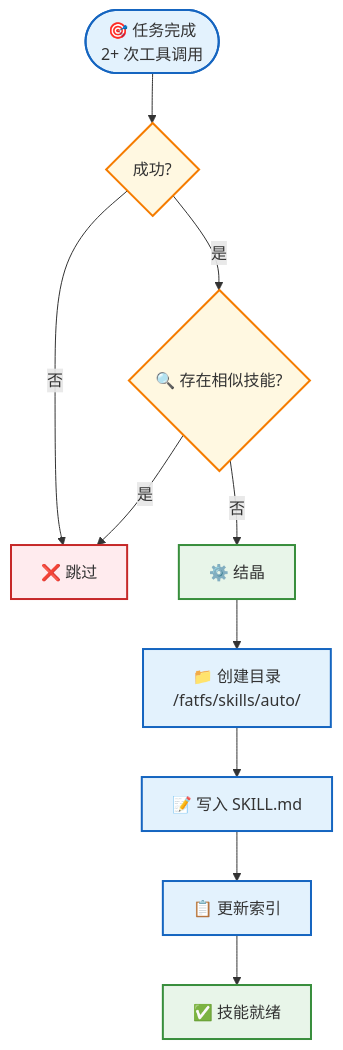
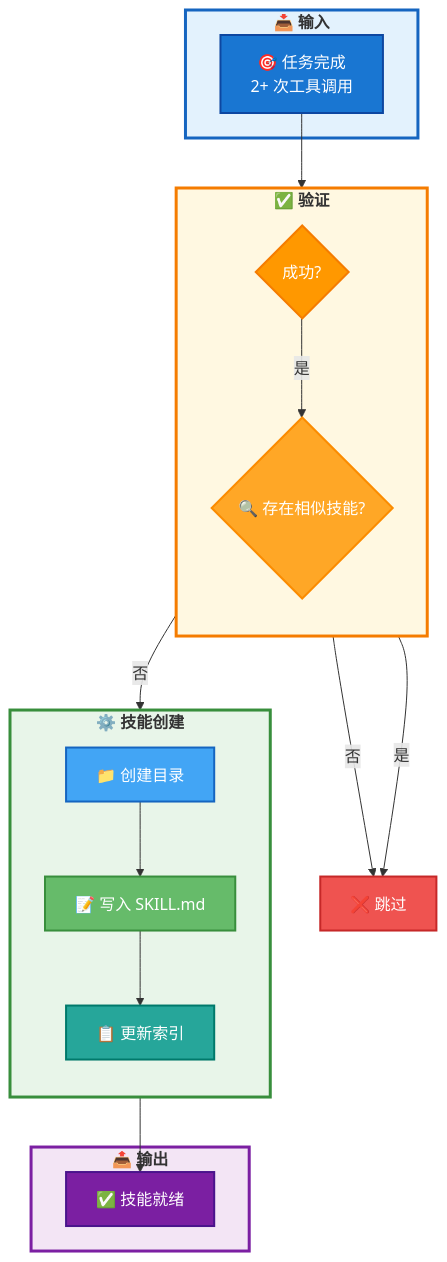
One commit to beancookie/xiaoclaw changed the third of 4 diagrams in README_zh.md. Above: the diagram before and after it, drawn with Mermaid. The commit also changed other lines of this file and 2 other files, not shown here.

Commit message:
docs: optimize mermaid diagrams with subgraphs and styling
- Add subgraphs to Auto-Crystallization and Auto-Skills diagrams
- Apply consistent styling with rounded corners and colors
- Fix missing lua-scripts and mcp-servers directories in init_fatfs

````diff
--- a/README_zh.md
+++ b/README_zh.md
@@ -467,22 +467,45 @@
 ```mermaid
 flowchart TD
-    A(["🎯 任务完成<br/>2+ 次工具调用"]) --> B{成功?}
-    B -->|否| C["❌ 跳过"]
-    B -->|是| D{"🔍 存在相似技能?"}
+    subgraph Input["<b>📥 输入</b>"]
+        A["🎯 任务完成<br/>2+ 次工具调用"]
+    end
+
+    subgraph Validation["<b>✅ 验证</b>"]
+        direction TB
+        B{成功?}
+        D{"🔍 存在相似技能?"}
+    end
+
+    subgraph Creation["<b>⚙️ 技能创建</b>"]
+        direction TB
+        E["📁 创建目录"]
+        F["📝 写入 SKILL.md"]
+        G["📋 更新索引"]
+    end
+
+    subgraph Output["<b>📤 输出</b>"]
+        I["✅ 技能就绪"]
+    end
+
+    C["❌ 跳过"]
+
+    A --> B
+    B -->|否| C
+    B -->|是| D
     D -->|是| C
-    D -->|否| E["⚙️ 结晶"]
-    E --> F["📁 创建目录<br/>/fatfs/skills/auto/"]
-    F --> G["📝 写入 SKILL.md"]
-    G --> H["📋 更新索引"]
-    H --> I["✅ 技能就绪"]
+    D -->|否| E
+    E --> F --> G --> I
 
-    style A fill:#e3f2fd,stroke:#1565c0,stroke-width:2px
-    style B fill:#fff8e1,stroke:#f57c00,stroke-width:2px
-    style C fill:#ffebee,stroke:#c62828,stroke-width:2px
-    style D fill:#fff8e1,stroke:#f57c00,stroke-width:2px
-    style E fill:#e8f5e9,stroke:#388e3c,stroke-width:2px
-    style F fill:#e3f2fd,stroke:#1565c0,stroke-width:2px
-    style G fill:#e3f2fd,stroke:#1565c0,stroke-width:2px
-    style H fill:#e3f2fd,stroke:#1565c0,stroke-width:2px
-    style I fill:#e8f5e9,stroke:#388e3c,stroke-width:2px
+    style Input fill:#e3f2fd,stroke:#1565c0,stroke-width:3px,radius:15px
+    style Validation fill:#fff8e1,stroke:#f57c00,stroke-width:3px,radius:15px
+    style Creation fill:#e8f5e9,stroke:#388e3c,stroke-width:3px,radius:15px
+    style Output fill:#f3e5f5,stroke:#7b1fa2,stroke-width:3px,radius:15px
+    style A fill:#1976d2,stroke:#0d47a1,stroke-width:2px,color:#fff
+    style B fill:#ff9800,stroke:#f57c00,stroke-width:2px,color:#fff
+    style C fill:#ef5350,stroke:#c62828,stroke-width:2px,color:#fff
+    style D fill:#ffa726,stroke:#fb8c00,stroke-width:2px,color:#fff
+    style E fill:#42a5f5,stroke:#1565c0,stroke-width:2px,color:#fff
+    style F fill:#66bb6a,stroke:#388e3c,stroke-width:2px,color:#fff
+    style G fill:#26a69a,stroke:#00796b,stroke-width:2px,color:#fff
+    style I fill:#7b1fa2,stroke:#4a148c,stroke-width:2px,color:#fff
 ```
````
